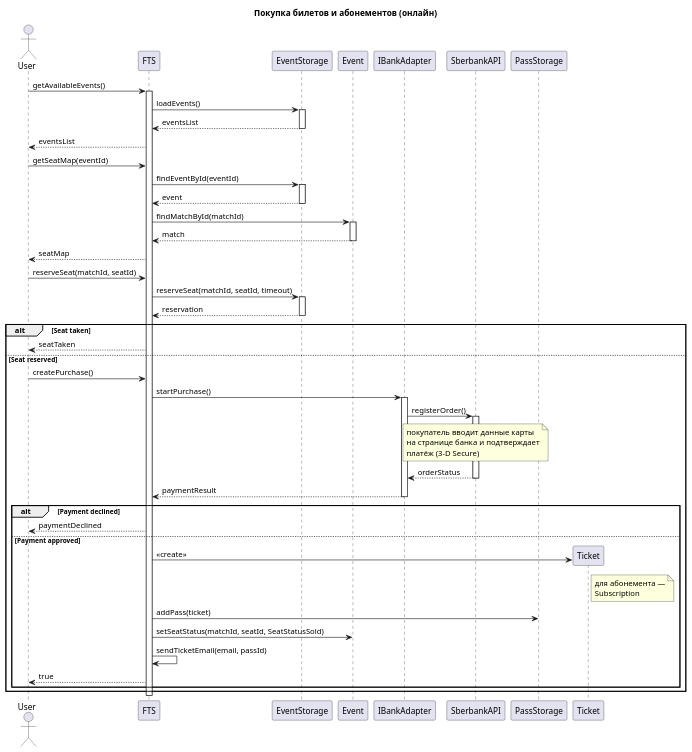
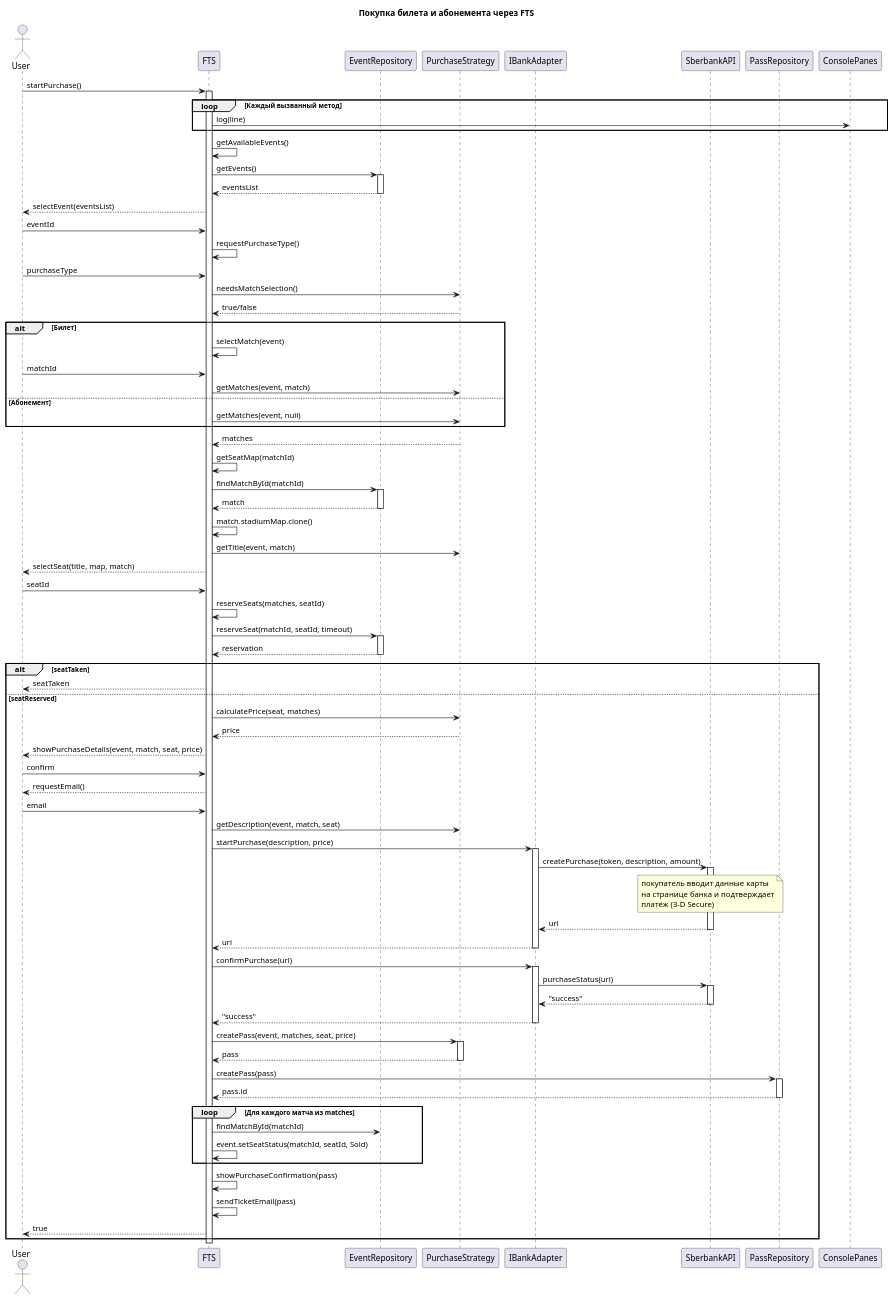
One commit to penamarth/bsbo-11-24_team5_var10_football changed the diagram in Преценденты/Покупка билетов и абонементов/Диаграмма последовательности.md. Above: the diagram before and after it, drawn with PlantUML. The commit also changed other lines of this file and 56 other files, not shown here.

````diff
--- a/Преценденты/Покупка билетов и абонементов/Диаграмма последовательности.md
+++ b/Преценденты/Покупка билетов и абонементов/Диаграмма последовательности.md
@@ -2,66 +3,110 @@
 ```plantuml
 @startuml
-title Покупка билетов и абонементов (онлайн)
+title Покупка билета и абонемента через FTS
 
 actor "User" as User
 participant "FTS" as FTS
-participant "EventStorage" as EventStorage
-participant "Event" as Event
+participant "EventRepository" as EventRepository
+participant "PurchaseStrategy" as Strategy
 participant "IBankAdapter" as Bank
 participant "SberbankAPI" as Sber
-participant "PassStorage" as PassStorage
+participant "PassRepository" as PassRepository
+participant "ConsolePanes" as Panes
 
-User -> FTS : getAvailableEvents()
+User -> FTS : startPurchase()
 activate FTS
-FTS -> EventStorage : loadEvents()
-activate EventStorage
-EventStorage --> FTS : eventsList
-deactivate EventStorage
-FTS --> User : eventsList
 
-User -> FTS : getSeatMap(eventId)
-FTS -> EventStorage : findEventById(eventId)
-activate EventStorage
-EventStorage --> FTS : event
-deactivate EventStorage
-FTS -> Event : findMatchById(matchId)
-activate Event
-Event --> FTS : match
-deactivate Event
-FTS --> User : seatMap
+loop Каждый вызванный метод
+    FTS -> Panes : log(line)
+end
 
-User -> FTS : reserveSeat(matchId, seatId)
-FTS -> EventStorage : reserveSeat(matchId, seatId, timeout)
-activate EventStorage
-EventStorage --> FTS : reservation
-deactivate EventStorage
+FTS -> FTS : getAvailableEvents()
+FTS -> EventRepository : getEvents()
+activate EventRepository
+EventRepository --> FTS : eventsList
+deactivate EventRepository
+FTS --> User : selectEvent(eventsList)
+User -> FTS : eventId
 
-alt Seat taken
+FTS -> FTS : requestPurchaseType()
+User -> FTS : purchaseType
+
+FTS -> Strategy : needsMatchSelection()
+Strategy --> FTS : true/false
+
+alt Билет
+    FTS -> FTS : selectMatch(event)
+    User -> FTS : matchId
+    FTS -> Strategy : getMatches(event, match)
+else Абонемент
+    FTS -> Strategy : getMatches(event, null)
+end
+Strategy --> FTS : matches
+
+FTS -> FTS : getSeatMap(matchId)
+FTS -> EventRepository : findMatchById(matchId)
+activate EventRepository
+EventRepository --> FTS : match
+deactivate EventRepository
+FTS -> FTS : match.stadiumMap.clone()
+FTS -> Strategy : getTitle(event, match)
+FTS --> User : selectSeat(title, map, match)
+User -> FTS : seatId
+
+FTS -> FTS : reserveSeats(matches, seatId)
+FTS -> EventRepository : reserveSeat(matchId, seatId, timeout)
+activate EventRepository
+EventRepository --> FTS : reservation
+deactivate EventRepository
+
+alt seatTaken
     FTS --> User : seatTaken
-else Seat reserved
-    User -> FTS : createPurchase()
+else seatReserved
+    FTS -> Strategy : calculatePrice(seat, matches)
+    Strategy --> FTS : price
+    FTS --> User : showPurchaseDetails(event, match, seat, price)
+    User -> FTS : confirm
+    FTS --> User : requestEmail()
+    User -> FTS : email
+    FTS -> Strategy : getDescription(event, match, seat)
 
-    FTS -> Bank : startPurchase()
+    FTS -> Bank : startPurchase(description, price)
     activate Bank
-    Bank -> Sber : registerOrder()
+    Bank -> Sber : createPurchase(token, description, amount)
     activate Sber
     note over Sber : покупатель вводит данные карты\nна странице банка и подтверждает\nплатёж (3-D Secure)
-    Sber --> Bank : orderStatus
+    Sber --> Bank : url
     deactivate Sber
-    Bank --> FTS : paymentResult
+    Bank --> FTS : url
     deactivate Bank
 
-    alt Payment declined
-        FTS --> User : paymentDeclined
-    else Payment approved
-        create participant "Ticket" as Ticket
-        FTS -> Ticket : <<create>>
-        note right of Ticket : для абонемента —\nSubscription
-        FTS -> PassStorage : addPass(ticket)
-        FTS -> Event : setSeatStatus(matchId, seatId, SeatStatusSold)
-        FTS -> FTS : sendTicketEmail(email, passId)
-        FTS --> User : true
+    FTS -> Bank : confirmPurchase(url)
+    activate Bank
+    Bank -> Sber : purchaseStatus(url)
+    activate Sber
+    Sber --> Bank : "success"
+    deactivate Sber
+    Bank --> FTS : "success"
+    deactivate Bank
+
+    FTS -> Strategy : createPass(event, matches, seat, price)
+    activate Strategy
+    Strategy --> FTS : pass
+    deactivate Strategy
+
+    FTS -> PassRepository : createPass(pass)
+    activate PassRepository
+    PassRepository --> FTS : pass.id
+    deactivate PassRepository
+
+    loop Для каждого матча из matches
+        FTS -> EventRepository : findMatchById(matchId)
+        FTS -> FTS : event.setSeatStatus(matchId, seatId, Sold)
     end
+
+    FTS -> FTS : showPurchaseConfirmation(pass)
+    FTS -> FTS : sendTicketEmail(pass)
+    FTS --> User : true
 end
 
 deactivate FTS
````
